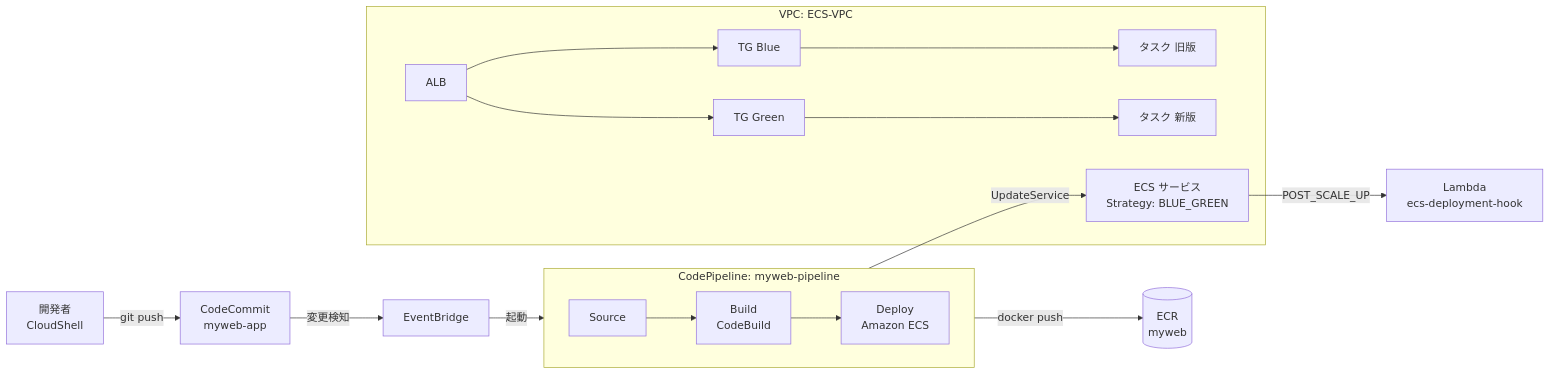
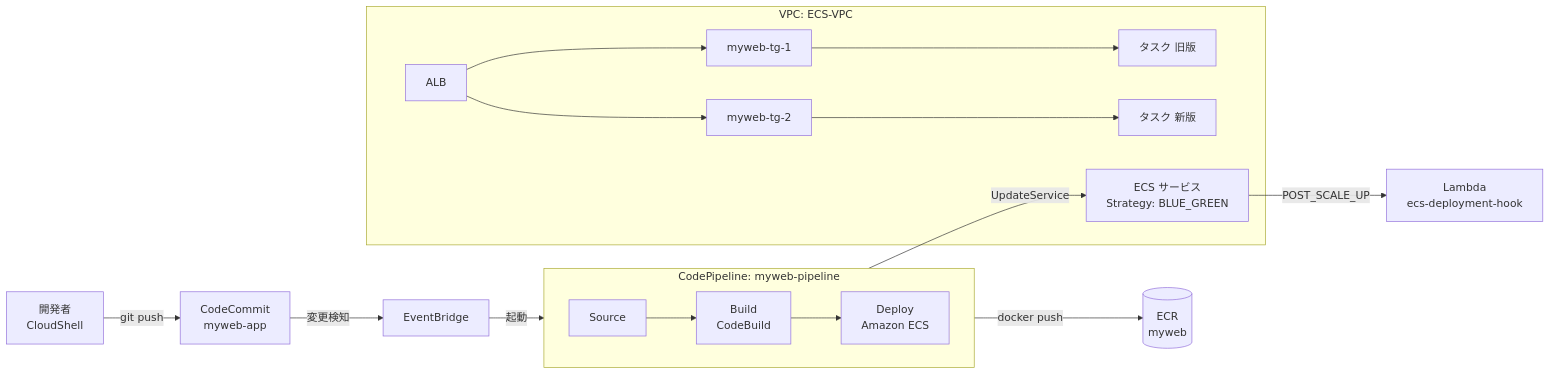
One commit to tetsuo-nobe/ecs-codepipeline changed the diagram in README.md. Above: the diagram before and after it, drawn with Mermaid. The commit also changed other lines of this file and 1 other file, not shown here.

````diff
--- a/README.md
+++ b/README.md
@@ -15,24 +15,24 @@
 ```mermaid
 flowchart LR
     Dev[開発者<br/>CloudShell] -- git push --> CC[CodeCommit<br/>myweb-app]
     CC -- 変更検知 --> EB[EventBridge]
     EB -- 起動 --> CP
 
     subgraph CP[CodePipeline: myweb-pipeline]
         direction LR
         S[Source] --> B[Build<br/>CodeBuild] --> D[Deploy<br/>Amazon ECS]
     end
 
     B -- docker push --> ECR[(ECR<br/>myweb)]
     D -- UpdateService --> SVC
 
     subgraph VPC[VPC: ECS-VPC]
-        ALB[ALB] --> TGB[TG Blue]
-        ALB --> TGG[TG Green]
+        ALB[ALB] --> TGB[myweb-tg-1]
+        ALB --> TGG[myweb-tg-2]
         SVC[ECS サービス<br/>Strategy: BLUE_GREEN]
         TGB --> T1[タスク 旧版]
         TGG --> T2[タスク 新版]
     end
 
     SVC -- POST_SCALE_UP --> L[Lambda<br/>ecs-deployment-hook]
 ```
````
